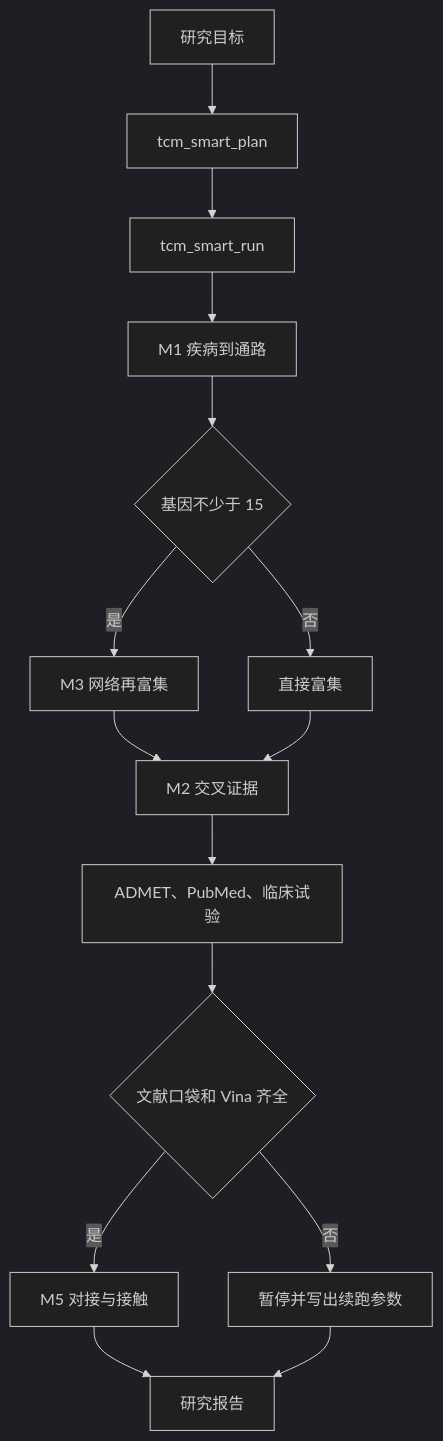
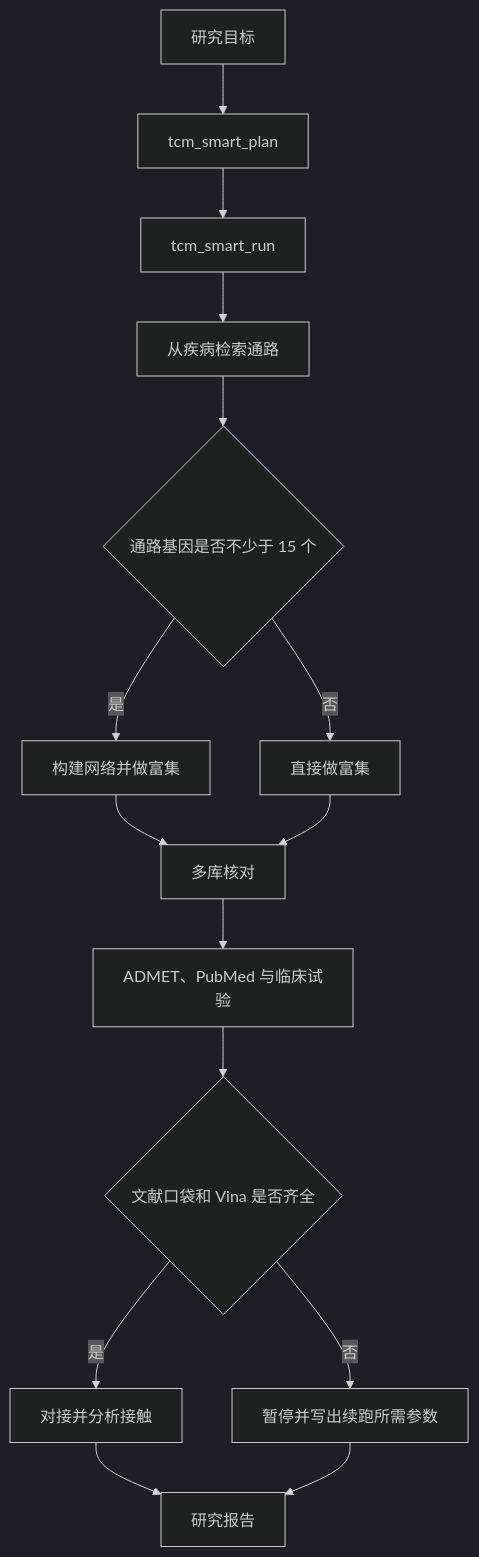
The diagram in README.md (S0mbraD/OpenTCM_Discovery), drawn with Mermaid (dark theme) before and after one commit. The commit also changed other lines of this file and 17 other files, not shown here.

````diff
--- a/README.md
+++ b/README.md
@@ -97,17 +106,17 @@
 ```mermaid
 flowchart TD
   goal[研究目标] --> plan[tcm_smart_plan]
   plan --> run[tcm_smart_run]
-  run --> m1[M1 疾病到通路]
-  m1 --> d1{基因不少于 15}
-  d1 -->|是| net[M3 网络再富集]
-  d1 -->|否| enr[直接富集]
-  net --> ev[M2 交叉证据]
+  run --> m1[从疾病检索通路]
+  m1 --> d1{通路基因是否不少于 15 个}
+  d1 -->|是| net[构建网络并做富集]
+  d1 -->|否| enr[直接做富集]
+  net --> ev[多库核对]
   enr --> ev
-  ev --> ext[ADMET、PubMed、临床试验]
-  ext --> pocket{文献口袋和 Vina 齐全}
-  pocket -->|否| pause[暂停并写出续跑参数]
-  pocket -->|是| dock[M5 对接与接触]
+  ev --> ext[ADMET、PubMed 与临床试验]
+  ext --> pocket{文献口袋和 Vina 是否齐全}
+  pocket -->|否| pause[暂停并写出续跑所需参数]
+  pocket -->|是| dock[对接并分析接触]
   dock --> report[研究报告]
   pause --> report
 ```
````
